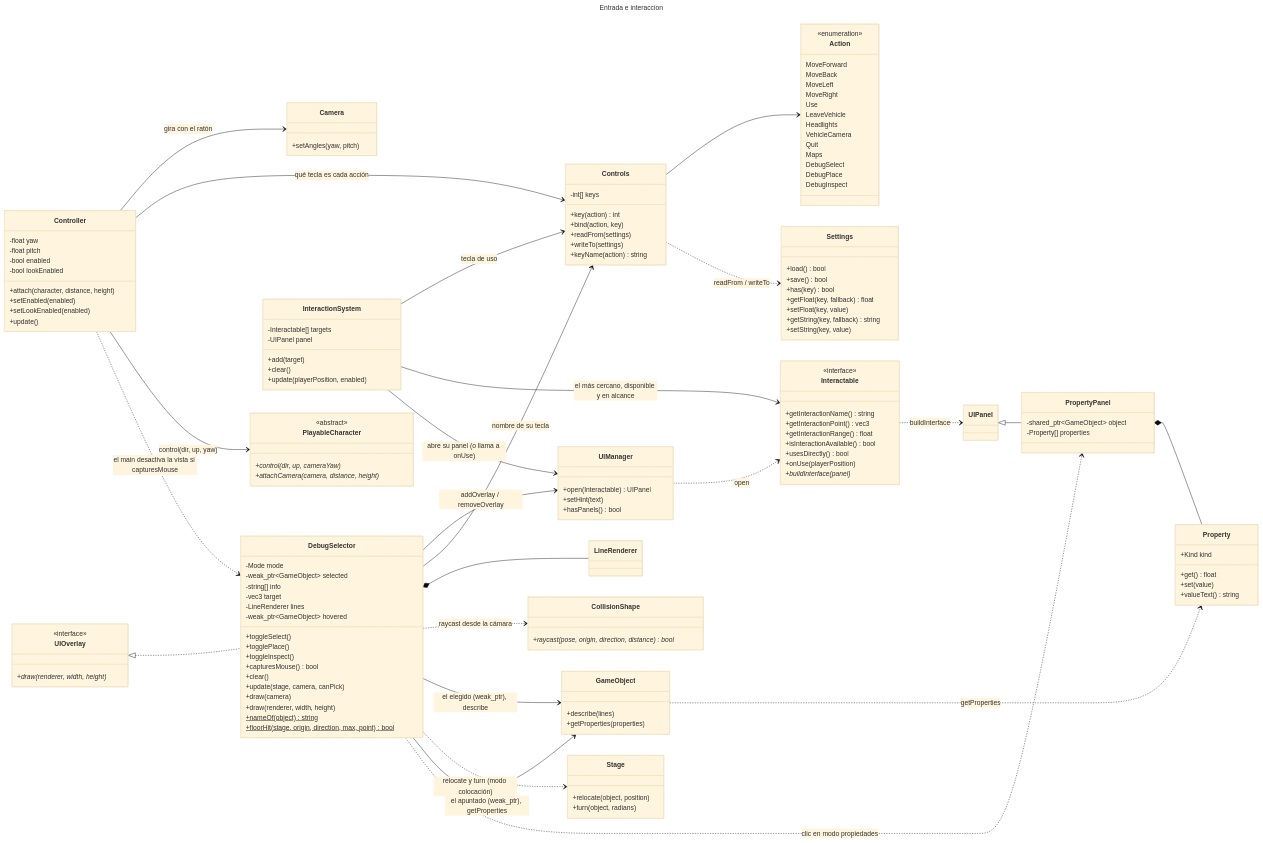
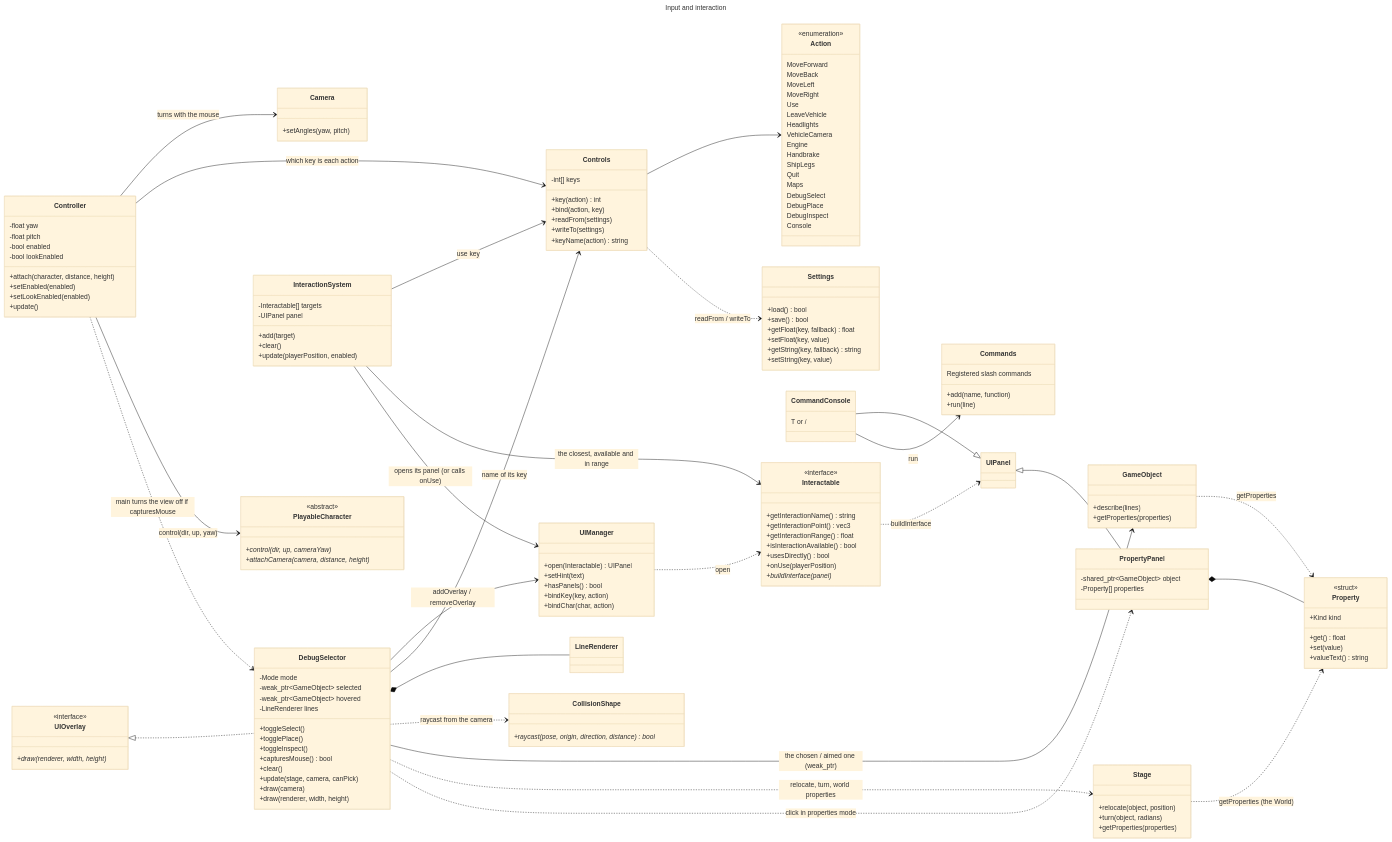
Before and after one commit to Joselitus/3Dengine: the sixth of 12 diagrams in docs/UML.md, drawn with Mermaid (base theme). The commit also changed other lines of this file and 7 other files, not shown here.

````diff
--- a/docs/UML.md
+++ b/docs/UML.md
@@ -763,6 +967,6 @@
 ```mermaid
 ---
-title: Entrada e interaccion
+title: Input and interaction
 ---
 classDiagram
     direction LR
@@ -795,20 +999,31 @@
         LeaveVehicle
         Headlights
         VehicleCamera
+        Engine
+        Handbrake
+        ShipLegs
         Quit
         Maps
         DebugSelect
         DebugPlace
         DebugInspect
+        Console
     }
     class Settings {
         +load() bool
         +save() bool
-        +has(key) bool
         +getFloat(key, fallback) float
         +setFloat(key, value)
         +getString(key, fallback) string
         +setString(key, value)
+    }
+    class Commands {
+        Registered slash commands
+        +add(name, function)
+        +run(line)
+    }
+    class CommandConsole {
+        T or /
     }
     class PlayableCharacter {
         <<abstract>>
@@ -839,15 +1054,15 @@
         +open(Interactable) UIPanel
         +setHint(text)
         +hasPanels() bool
+        +bindKey(key, action)
+        +bindChar(char, action)
     }
     class UIPanel
     class DebugSelector {
         -Mode mode
         -weak_ptr~GameObject~ selected
-        -string[] info
-        -vec3 target
+        -weak_ptr~GameObject~ hovered
         -LineRenderer lines
-        -weak_ptr~GameObject~ hovered
         +toggleSelect()
         +togglePlace()
         +toggleInspect()
@@ -856,8 +1071,6 @@
         +update(stage, camera, canPick)
         +draw(camera)
         +draw(renderer, width, height)
-        +nameOf(object)$ string
-        +floorHit(stage, origin, direction, max, point)$ bool
     }
     class UIOverlay {
         <<interface>>
@@ -868,6 +1081,7 @@
         +getProperties(properties)
     }
     class Property {
+        <<struct>>
         +Kind kind
         +get() float
         +set(value)
@@ -880,33 +1094,35 @@
     class CollisionShape {
         +raycast(pose, origin, direction, distance)* bool
     }
-    class LineRenderer
     class Stage {
         +relocate(object, position)
         +turn(object, radians)
+        +getProperties(properties)
     }
 
-    Controller --> Camera : gira con el ratón
-    Controller --> Controls : qué tecla es cada acción
+    Controller --> Camera : turns with the mouse
+    Controller --> Controls : which key is each action
     Controller --> PlayableCharacter : control(dir, up, yaw)
     Controls --> Action
     Controls ..> Settings : readFrom / writeTo
-    InteractionSystem --> Controls : tecla de uso
-    InteractionSystem --> Interactable : el más cercano, disponible y en alcance
-    InteractionSystem --> UIManager : abre su panel (o llama a onUse)
+    CommandConsole --|> UIPanel
+    CommandConsole --> Commands : run
+    InteractionSystem --> Controls : use key
+    InteractionSystem --> Interactable : the closest, available and in range
+    InteractionSystem --> UIManager : opens its panel (or calls onUse)
     UIManager ..> Interactable : open
     Interactable ..> UIPanel : buildInterface
     UIOverlay <|.. DebugSelector
     DebugSelector --> UIManager : addOverlay / removeOverlay
-    DebugSelector --> Controls : nombre de su tecla
+    DebugSelector --> Controls : name of its key
     DebugSelector *-- LineRenderer
-    DebugSelector ..> CollisionShape : raycast desde la cámara
-    DebugSelector --> GameObject : el elegido (weak_ptr), describe
-    DebugSelector ..> Stage : relocate y turn (modo colocación)
-    DebugSelector --> GameObject : el apuntado (weak_ptr), getProperties
-    DebugSelector ..> PropertyPanel : clic en modo propiedades
+    DebugSelector ..> CollisionShape : raycast from the camera
+    DebugSelector --> GameObject : the chosen / aimed one (weak_ptr)
+    DebugSelector ..> Stage : relocate, turn, world properties
+    DebugSelector ..> PropertyPanel : click in properties mode
     UIPanel <|-- PropertyPanel
     PropertyPanel *-- Property
     GameObject ..> Property : getProperties
-    Controller ..> DebugSelector : el main desactiva la vista si capturesMouse
+    Stage ..> Property : getProperties (the World)
+    Controller ..> DebugSelector : main turns the view off if capturesMouse
 ```
````
